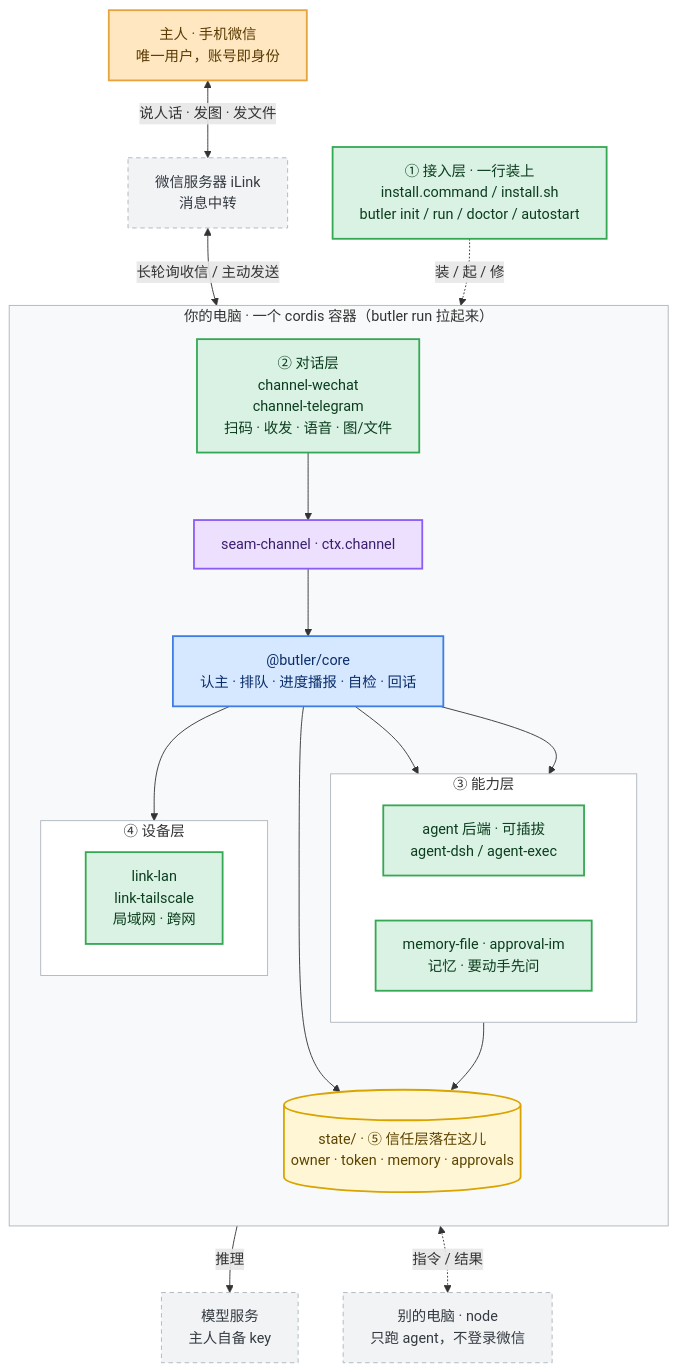
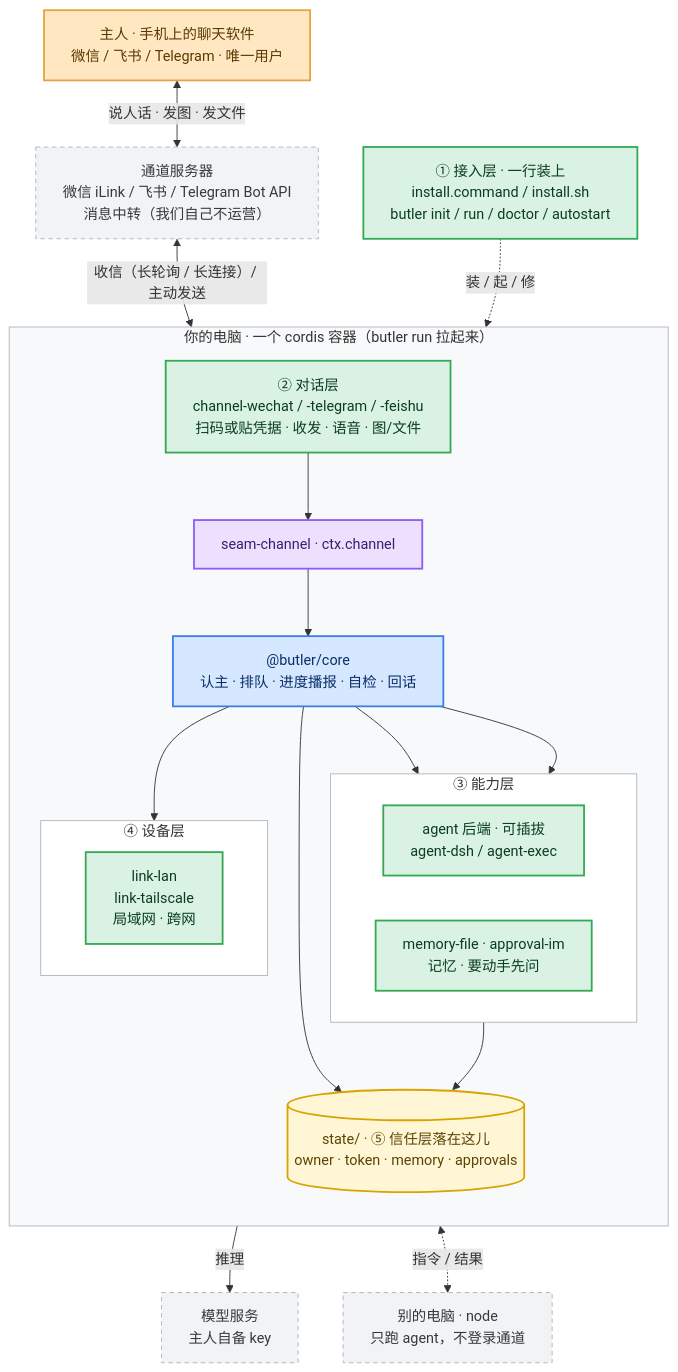
One commit to Leowuqunqun/ai-butler changed the diagram in docs/diagrams/arch-00-overview.mmd. Above: the diagram before and after it, drawn with Mermaid. The commit also changed 18 other files, not shown here.

First line of the commit message:
第 91 轮补（四）：架构图跟上第三条通道 —— 7 张重渲 + 3 处「图说跟图打架」

```diff
--- a/docs/diagrams/arch-00-overview.mmd
+++ b/docs/diagrams/arch-00-overview.mmd
@@ -1,54 +1,54 @@
 %%{init: {"flowchart": {"wrappingWidth": 420}}}%%
 flowchart TB
-    OWNER["主人 · 手机微信<br/>唯一用户，账号即身份"]
-    WXSRV["微信服务器 iLink<br/>消息中转"]
+    OWNER["主人 · 手机上的聊天软件<br/>微信 / 飞书 / Telegram · 唯一用户"]
+    WXSRV["通道服务器<br/>微信 iLink / 飞书 / Telegram Bot API<br/>消息中转（我们自己不运营）"]
     LLM["模型服务<br/>主人自备 key"]
-    OTHER["别的电脑 · node<br/>只跑 agent，不登录微信"]
+    OTHER["别的电脑 · node<br/>只跑 agent，不登录通道"]
 
     subgraph BOX["你的电脑 · 一个 cordis 容器（butler run 拉起来）"]
         direction TB
-        CH["② 对话层<br/>channel-wechat<br/>channel-telegram<br/>扫码 · 收发 · 语音 · 图/文件"]
+        CH["② 对话层<br/>channel-wechat / -telegram / -feishu<br/>扫码或贴凭据 · 收发 · 语音 · 图/文件"]
         SEAMCH["seam-channel · ctx.channel"]
         CORE["@butler/core<br/>认主 · 排队 · 进度播报 · 自检 · 回话"]
         subgraph L3["③ 能力层"]
             direction LR
             AG["agent 后端 · 可插拔<br/>agent-dsh / agent-exec"]
             MEM["memory-file · approval-im<br/>记忆 · 要动手先问"]
         end
         subgraph L4["④ 设备层"]
             direction LR
             LNK["link-lan<br/>link-tailscale<br/>局域网 · 跨网"]
         end
         ST[("state/ · ⑤ 信任层落在这儿<br/>owner · token · memory · approvals")]
     end
 
     INST["① 接入层 · 一行装上<br/>install.command / install.sh<br/>butler init / run / doctor / autostart"]
 
     OWNER <-->|"说人话 · 发图 · 发文件"| WXSRV
-    WXSRV <-->|"长轮询收信 / 主动发送"| CH
+    WXSRV <-->|"收信（长轮询 / 长连接）/ 主动发送"| CH
     CH --> SEAMCH --> CORE
     CORE --> AG
     CORE --> MEM
     CORE --> LNK
     AG -->|"推理"| LLM
     LNK <-.->|"指令 / 结果"| OTHER
     MEM --> ST
     CORE --> ST
     INST -.->|"装 / 起 / 修"| CORE
 
     classDef person fill:#FFE7C2,stroke:#E8A33D,stroke-width:2px,color:#5A3A00
     classDef core fill:#D6E8FF,stroke:#3D7DE8,stroke-width:2px,color:#0B2E6B
     classDef seam fill:#EDE0FF,stroke:#8B5CF6,stroke-width:2px,color:#3B1D6E
     classDef impl fill:#D9F2E3,stroke:#34A853,stroke-width:2px,color:#0B3D1E
     classDef store fill:#FFF6D6,stroke:#D9A400,stroke-width:2px,color:#5C4400
     classDef ext fill:#F1F3F5,stroke:#ADB5BD,stroke-dasharray:5 4,color:#343A40
     class OWNER person
     class CORE core
     class SEAMCH seam
     class INST,CH,AG,MEM,LNK impl
     class ST store
     class WXSRV,LLM,OTHER ext
 
 style L3 fill:#FFFFFF,stroke:#ADB5BD,stroke-width:1px
 style L4 fill:#FFFFFF,stroke:#ADB5BD,stroke-width:1px
 style BOX fill:#F8F9FA,stroke:#ADB5BD,stroke-width:1px
```
